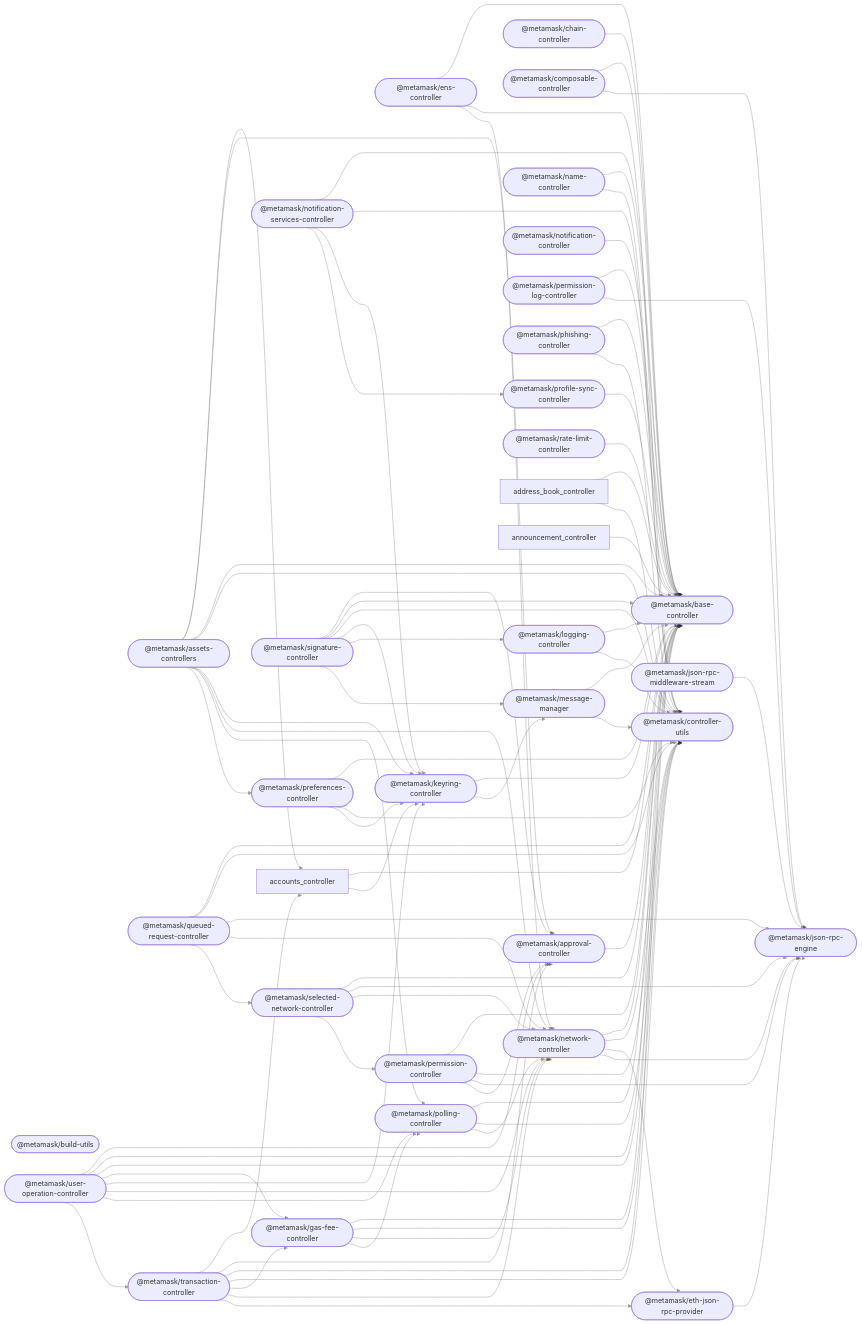
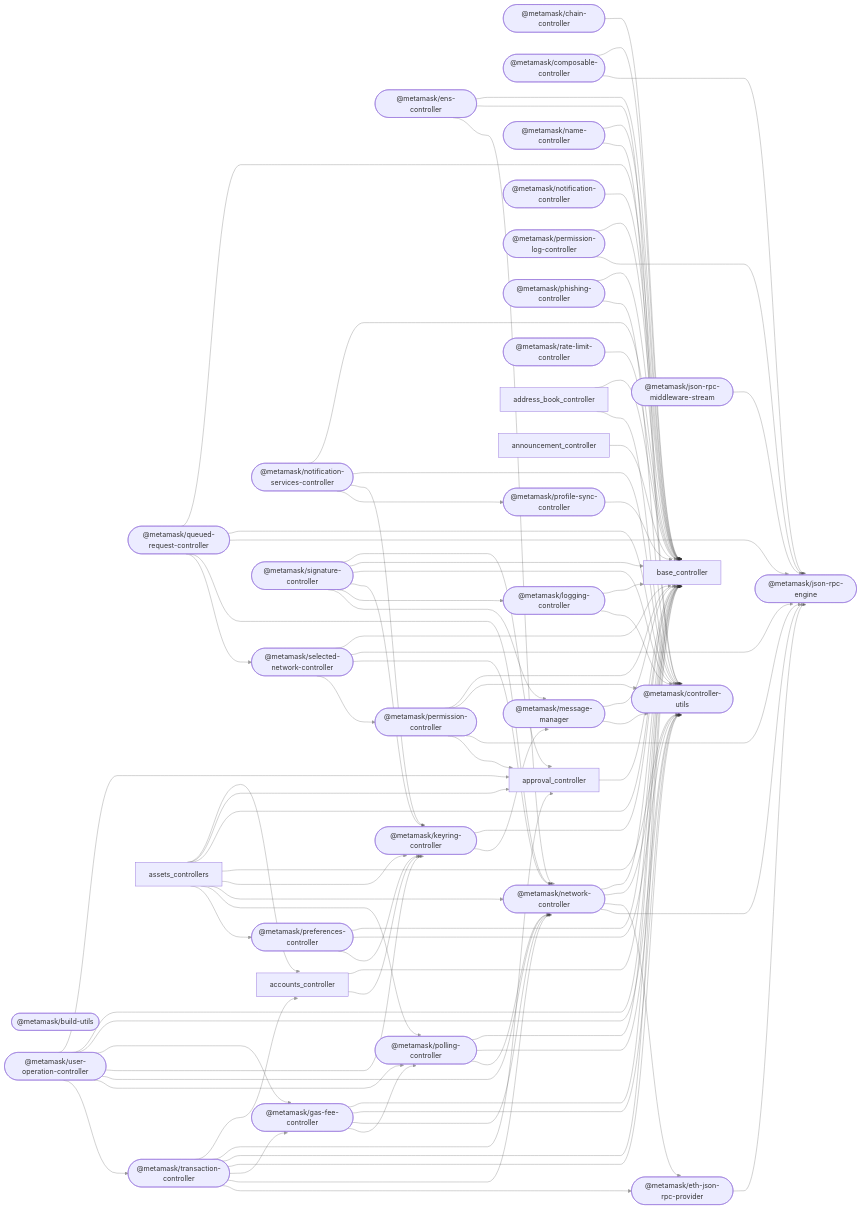
Before and after one commit to MetaMask/metamask-monorepo-template: the diagram in README.md, drawn with Mermaid. The commit also changed other lines of this file and 1 other file, not shown here.

Commit message:
chore: removing more instances to controllers

```diff
--- a/README.md
+++ b/README.md
@@ -56,9 +53,6 @@
 %%{ init: { 'flowchart': { 'curve': 'bumpX' } } }%%
 graph LR;
 linkStyle default opacity:0.5
-  approval_controller(["@metamask/approval-controller"]);
-  assets_controllers(["@metamask/assets-controllers"]);
-  base_controller(["@metamask/base-controller"]);
   build_utils(["@metamask/build-utils"]);
   chain_controller(["@metamask/chain-controller"]);
   composable_controller(["@metamask/composable-controller"]);
```
